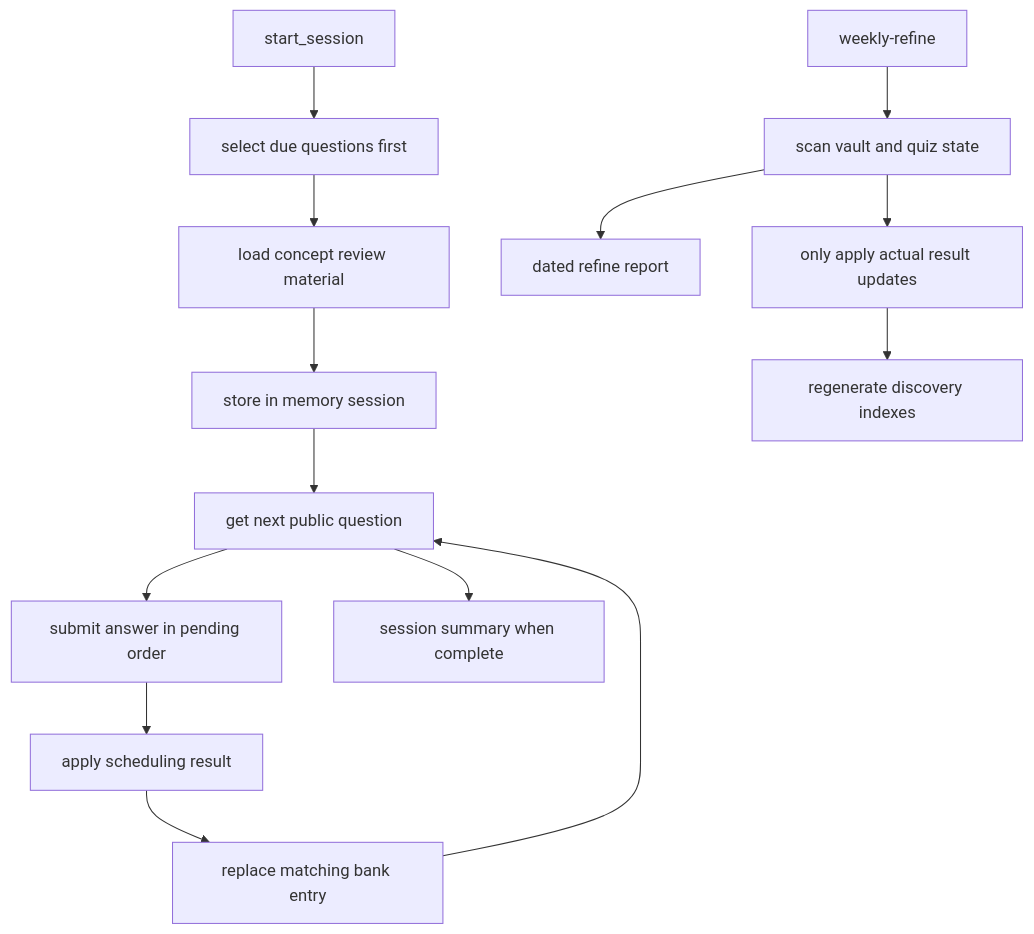
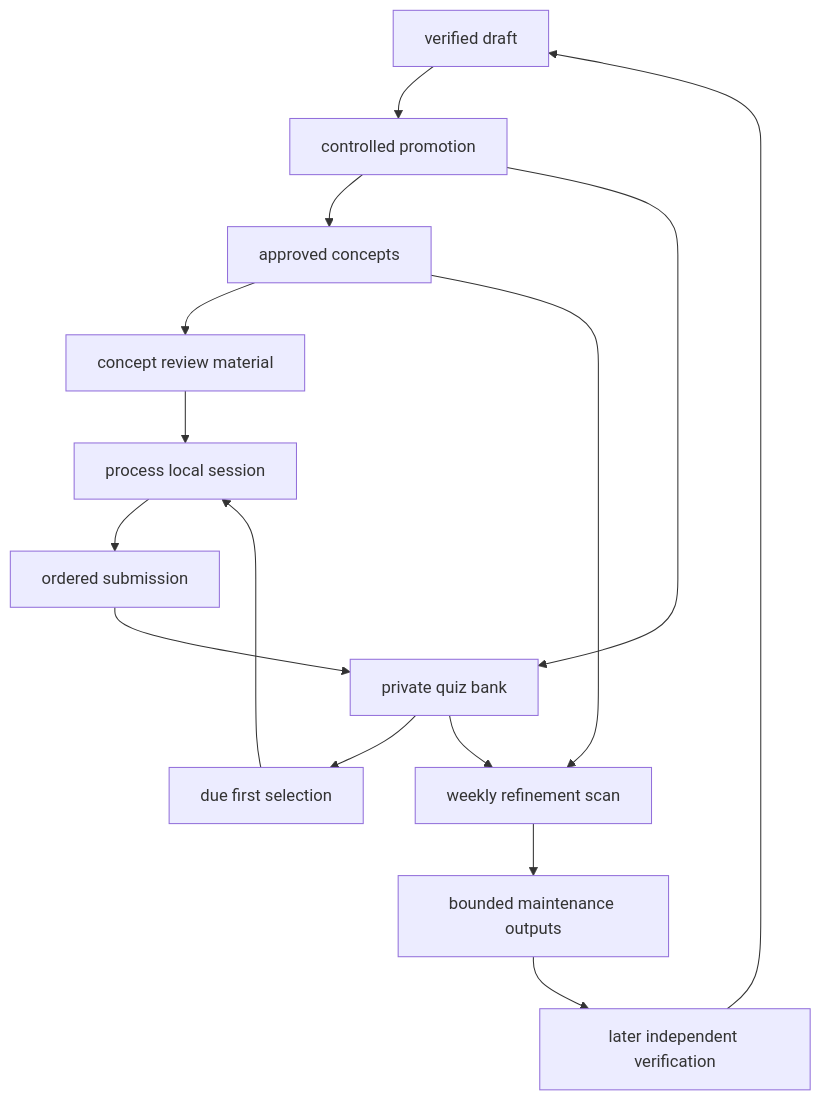
The diagram in openwiki/workflows/review-and-retention.md (btceth9386-bot/study-vault), drawn with Mermaid before and after one commit. The commit also changed other lines of this file and 16 other files, not shown here.

````diff
--- a/openwiki/workflows/review-and-retention.md
+++ b/openwiki/workflows/review-and-retention.md
@@ -53,16 +55,17 @@
 ```mermaid
 flowchart TD
-    Start["start_session"] --> Select["select due questions first"]
-    Select --> Context["load concept review material"]
-    Context --> Store["store in memory session"]
-    Store --> Next["get next public question"]
-    Next --> Evaluate["submit answer in pending order"]
-    Evaluate --> Update["apply scheduling result"]
-    Update --> Persist["replace matching bank entry"]
-    Persist --> Next
-    Next --> Summary["session summary when complete"]
-    Weekly["weekly-refine"] --> Scan["scan vault and quiz state"]
-    Scan --> Report["dated refine report"]
-    Scan --> Schedule["only apply actual result updates"]
-    Schedule --> Indexes["regenerate discovery indexes"]
+    Verified["verified draft"] --> Promote["controlled promotion"]
+    Promote --> Concepts["approved concepts"]
+    Promote --> Bank["private quiz bank"]
+    Concepts --> Materials["concept review material"]
+    Bank --> Select["due first selection"]
+    Materials --> Session["process local session"]
+    Select --> Session
+    Session --> Submit["ordered submission"]
+    Submit --> Bank
+    Concepts --> Refine["weekly refinement scan"]
+    Bank --> Refine
+    Refine --> Outputs["bounded maintenance outputs"]
+    Outputs --> Verify["later independent verification"]
+    Verify --> Verified
 ```
````
